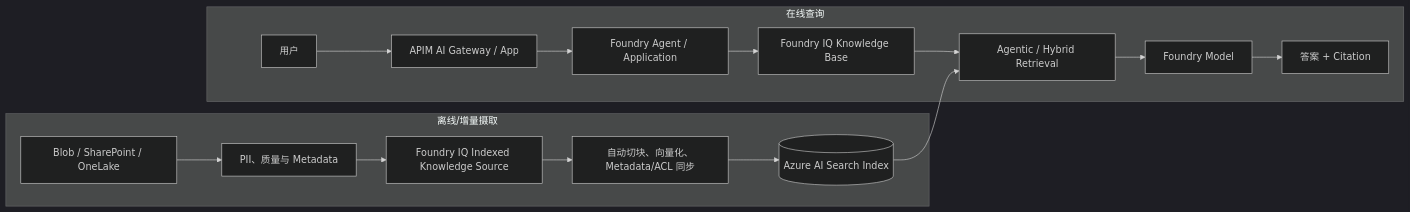
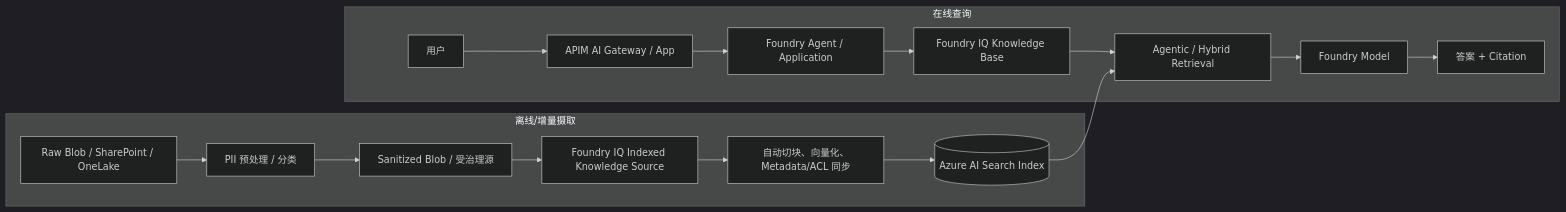
The diagram in architecture-az/01_企业级托管_RAG.md (miku-wwl/certforge), drawn with Mermaid (dark theme) before and after one commit. The commit also changed other lines of this file and 29 other files, not shown here.

Commit message:
docs: refine Azure architecture diagrams

````diff
--- a/architecture-az/01_企业级托管_RAG.md
+++ b/architecture-az/01_企业级托管_RAG.md
@@ -32,20 +32,21 @@
 ```mermaid
 flowchart LR
     subgraph Ingestion[离线/增量摄取]
-        A[Blob / SharePoint / OneLake] --> B[PII、质量与 Metadata]
-        B --> C[Foundry IQ Indexed Knowledge Source]
+        A[Raw Blob / SharePoint / OneLake] --> P[PII 预处理 / 分类]
+        P --> S[Sanitized Blob / 受治理源]
+        S --> C[Foundry IQ Indexed Knowledge Source]
         C --> D[自动切块、向量化、Metadata/ACL 同步]
         D --> E[(Azure AI Search Index)]
     end
 
     subgraph Query[在线查询]
         U[用户] --> G[APIM AI Gateway / App]
         G --> K[Foundry Agent / Application]
         K --> IQ[Foundry IQ Knowledge Base]
         IQ --> R[Agentic / Hybrid Retrieval]
         R --> F[Foundry Model]
         F --> O[答案 + Citation]
     end
 
     E --> R
 ```
````
